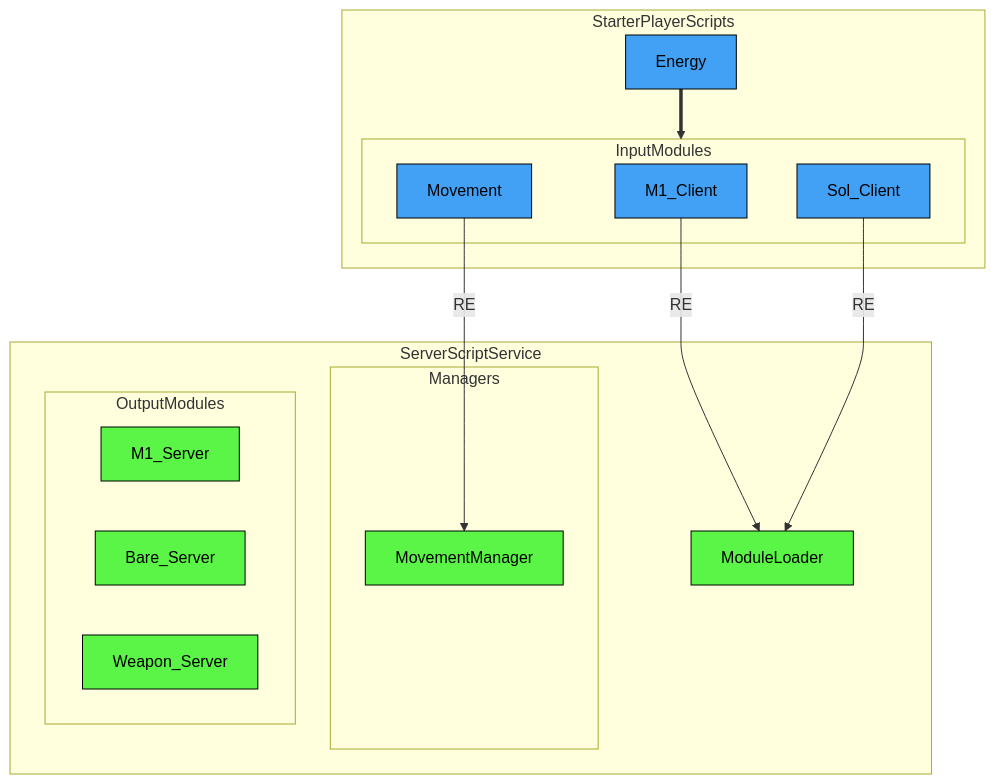
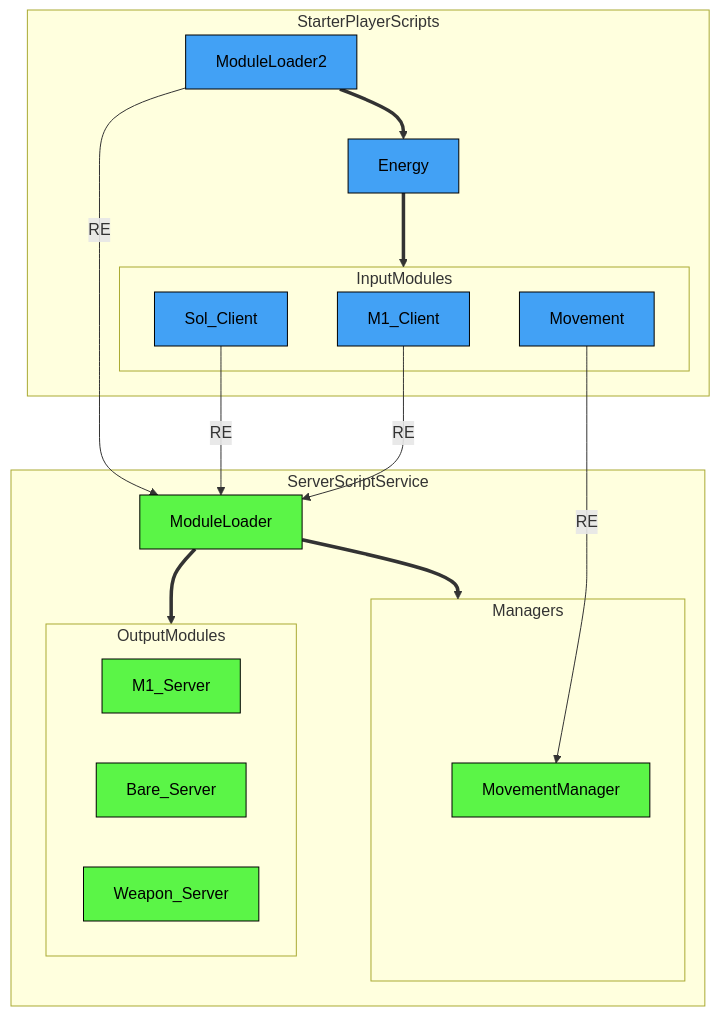
Before and after one commit to altair5607249/Crusaders-Game: the first of 5 diagrams in README.md, drawn with Mermaid.

````diff
--- a/README.md
+++ b/README.md
@@ -51,39 +51,46 @@
 ```mermaid
 flowchart TB;
 
   classDef serverNode fill:#5bf547,stroke:#000000,color:#000000
   classDef clientNode fill:#42a1f5,stroke:#000000,color:#000000
 
   subgraph StarterPlayerScripts
-    Energy
+    ModuleLoader2;
+    Energy;
 
     subgraph InputModules
       M1_Client;
       Sol_Client;
       Movement;
     end
   end
 
   subgraph ServerScriptService
     ModuleLoader;
 
     subgraph Managers
       MovementManager;
     end
 
     subgraph OutputModules
       M1_Server;
       Bare_Server;
       Weapon_Server;
     end
   end
 
+  ModuleLoader2==>Energy
   Energy==>InputModules
 
   M1_Client-->|RE| ModuleLoader
   Sol_Client-->|RE| ModuleLoader
   Movement-->|RE| MovementManager
 
+  ModuleLoader2-->|RE| ModuleLoader
+
+  ModuleLoader==>Managers
+  ModuleLoader==>OutputModules
+
   class ModuleLoader,MovementManager,M1_Server,Bare_Server,Weapon_Server serverNode;
-  class Energy,M1_Client,Sol_Client,Movement clientNode;
+  class ModuleLoader2,Energy,M1_Client,Sol_Client,Movement clientNode;
 ```
````
